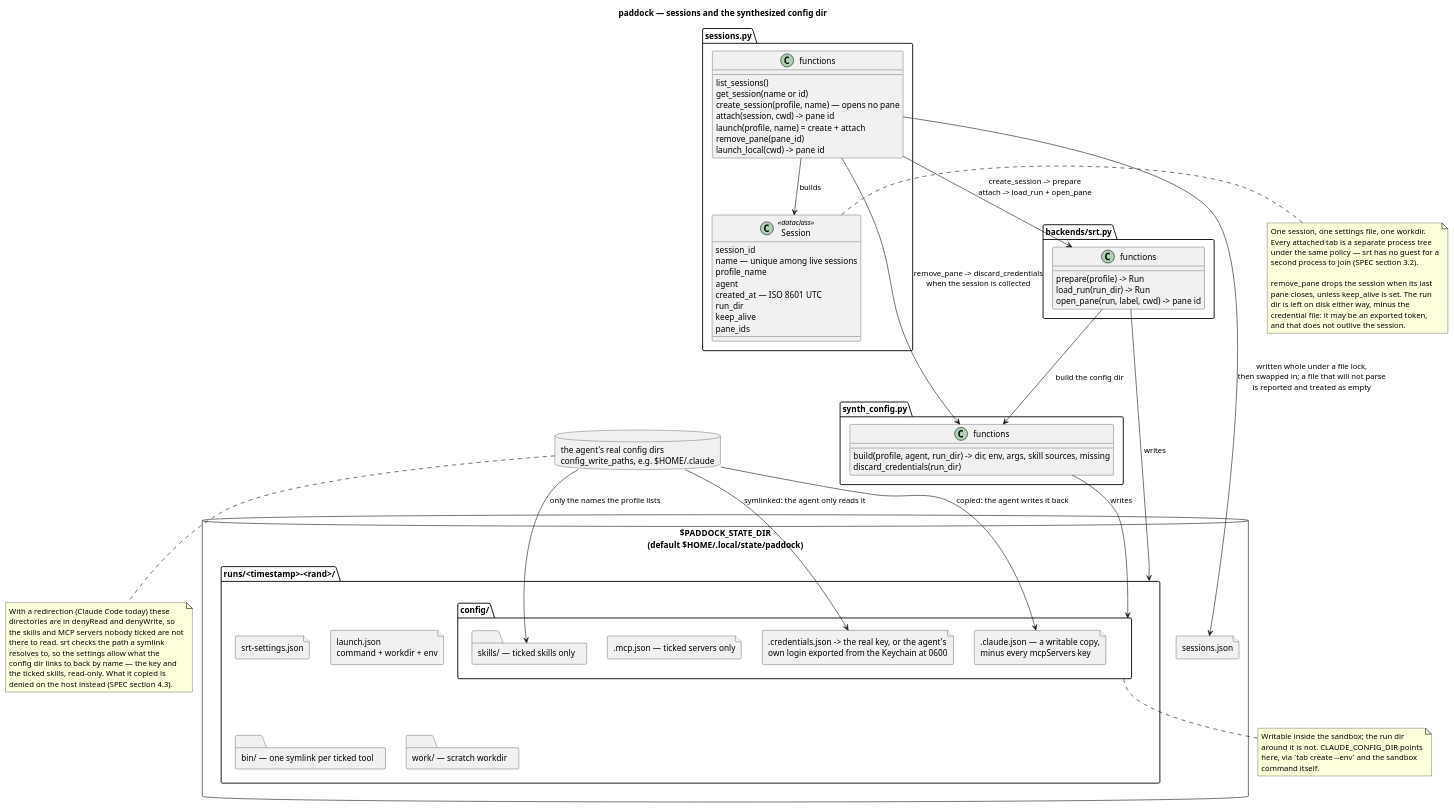
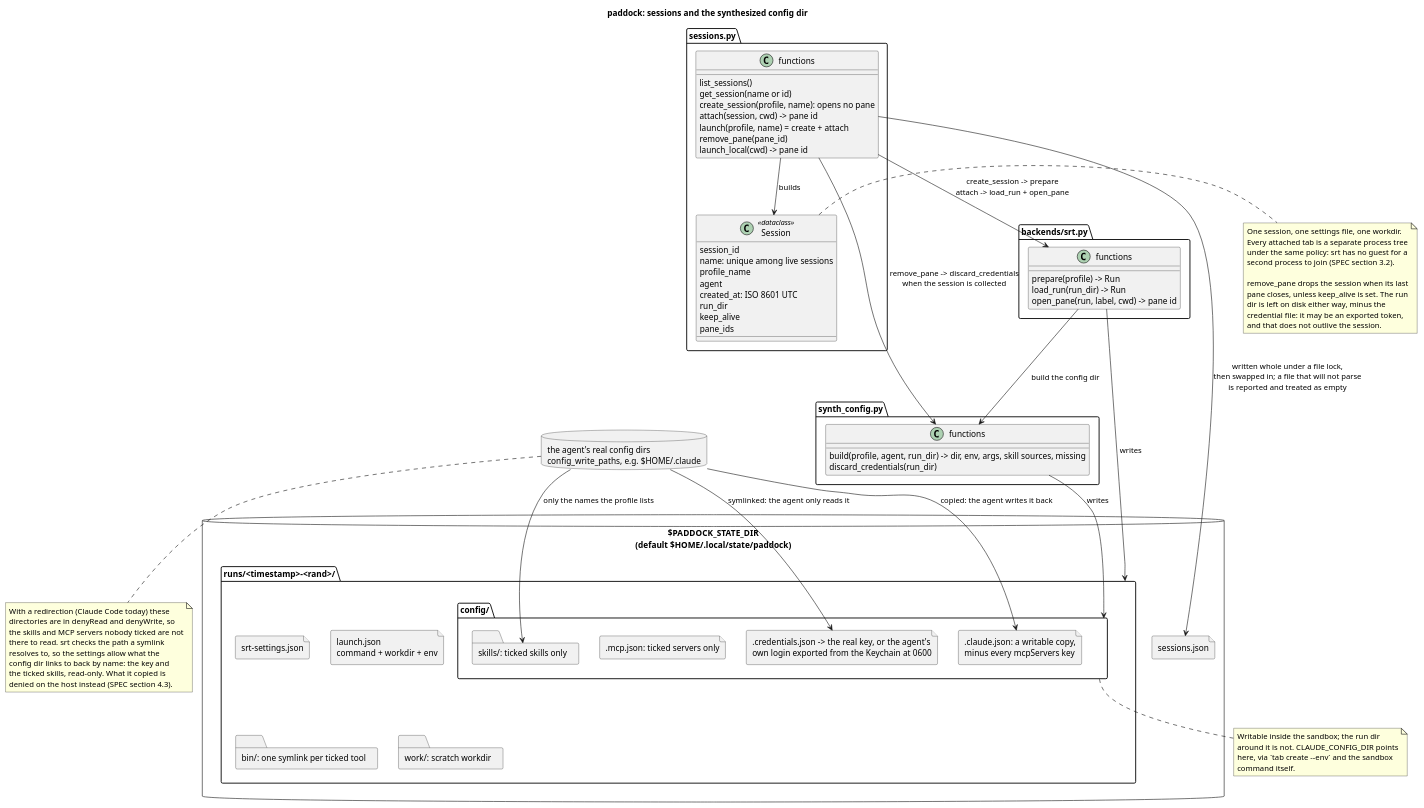
Before and after one commit to paddock-sh/paddock: the diagram in docs/diagrams/sessions_and_config.puml, drawn with PlantUML. The commit also changed 16 other files, not shown here.

```diff
--- a/docs/diagrams/sessions_and_config.puml
+++ b/docs/diagrams/sessions_and_config.puml
@@ -1,106 +1,106 @@
 @startuml sessions_and_config
-title paddock — sessions and the synthesized config dir
+title paddock: sessions and the synthesized config dir
 
 allowmixing
 set separator none
 skinparam shadowing false
 skinparam classAttributeIconSize 0
 
 package "sessions.py" {
   class Session <<dataclass>> {
     session_id
-    name — unique among live sessions
+    name: unique among live sessions
     profile_name
     agent
-    created_at — ISO 8601 UTC
+    created_at: ISO 8601 UTC
     run_dir
     keep_alive
     pane_ids
   }
   class "functions" as SessionFns {
     list_sessions()
     get_session(name or id)
-    create_session(profile, name) — opens no pane
+    create_session(profile, name): opens no pane
     attach(session, cwd) -> pane id
     launch(profile, name) = create + attach
     remove_pane(pane_id)
     launch_local(cwd) -> pane id
   }
 }
 
 package "backends/srt.py" {
   class "functions" as SrtFns {
     prepare(profile) -> Run
     load_run(run_dir) -> Run
     open_pane(run, label, cwd) -> pane id
   }
 }
 
 package "synth_config.py" {
   class "functions" as SynthFns {
     build(profile, agent, run_dir) -> dir, env, args, skill sources, missing
     discard_credentials(run_dir)
   }
 }
 
 database "$PADDOCK_STATE_DIR\n(default $HOME/.local/state/paddock)" as StateDir {
   file "sessions.json" as Registry
   folder "runs/<timestamp>-<rand>/" as RunDir {
     file "srt-settings.json" as Settings
     file "launch.json\ncommand + workdir + env" as Launch
-    folder "bin/ — one symlink per ticked tool" as Shim
-    folder "work/ — scratch workdir" as Work
+    folder "bin/: one symlink per ticked tool" as Shim
+    folder "work/: scratch workdir" as Work
     folder "config/" as Config {
       file ".credentials.json -> the real key, or the agent's\nown login exported from the Keychain at 0600" as Creds
-      file ".claude.json — a writable copy,\nminus every mcpServers key" as AgentJson
-      file ".mcp.json — ticked servers only" as Mcp
-      folder "skills/ — ticked skills only" as Skills
+      file ".claude.json: a writable copy,\nminus every mcpServers key" as AgentJson
+      file ".mcp.json: ticked servers only" as Mcp
+      folder "skills/: ticked skills only" as Skills
     }
   }
 }
 
 database "the agent's real config dirs\nconfig_write_paths, e.g. $HOME/.claude" as RealConfig
 
 SessionFns --> Session : builds
 SessionFns --> Registry : written whole under a file lock,\nthen swapped in; a file that will not parse\nis reported and treated as empty
 SessionFns --> SrtFns : create_session -> prepare\nattach -> load_run + open_pane
 SessionFns --> SynthFns : remove_pane -> discard_credentials\nwhen the session is collected
 SrtFns --> SynthFns : build the config dir
 SrtFns --> RunDir : writes
 SynthFns --> Config : writes
 RealConfig --> Creds : symlinked: the agent only reads it
 RealConfig --> AgentJson : copied: the agent writes it back
 RealConfig --> Skills : only the names the profile lists
 
 note right of Session
   One session, one settings file, one workdir.
   Every attached tab is a separate process tree
-  under the same policy — srt has no guest for a
+  under the same policy: srt has no guest for a
   second process to join (SPEC section 3.2).
 
   remove_pane drops the session when its last
   pane closes, unless keep_alive is set. The run
   dir is left on disk either way, minus the
   credential file: it may be an exported token,
   and that does not outlive the session.
 end note
 
 note bottom of RealConfig
   With a redirection (Claude Code today) these
   directories are in denyRead and denyWrite, so
   the skills and MCP servers nobody ticked are not
   there to read. srt checks the path a symlink
   resolves to, so the settings allow what the
-  config dir links to back by name — the key and
+  config dir links to back by name: the key and
   the ticked skills, read-only. What it copied is
   denied on the host instead (SPEC section 4.3).
 end note
 
 note bottom of Config
   Writable inside the sandbox; the run dir
   around it is not. CLAUDE_CONFIG_DIR points
   here, via `tab create --env` and the sandbox
   command itself.
 end note
 
 @enduml
```
